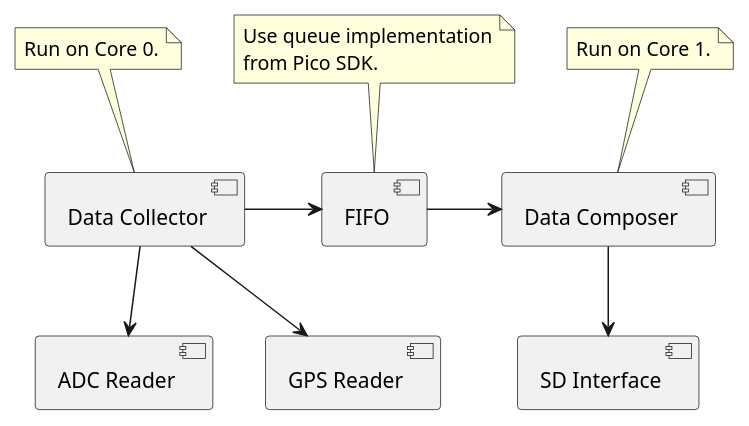
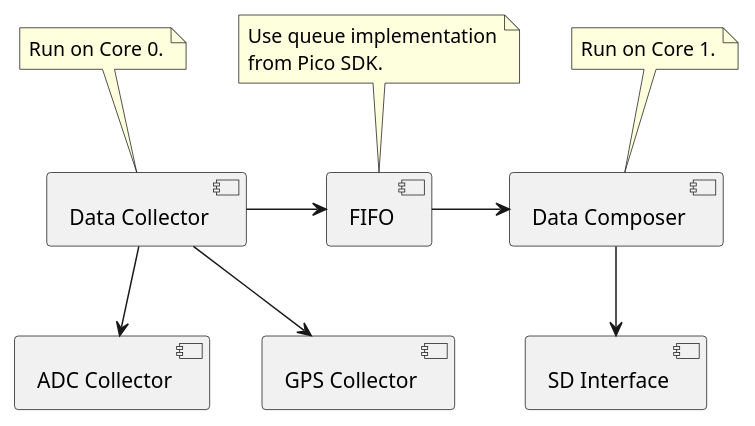
Before and after one commit to n0ll4k/bahama-mama-telemetry: the diagram in docs/design/bmt_components.plantuml, drawn with PlantUML. The commit also changed 4 other files, not shown here.

```diff
--- a/docs/design/bmt_components.plantuml
+++ b/docs/design/bmt_components.plantuml
@@ -1,31 +1,31 @@
 @startuml Bahama Mama Telemetry Components
 
 [Data Collector] as collector
 [Data Composer] as composer
 [FIFO] as fifo
 [SD Interface] as sd
-[ADC Reader] as adc
-[GPS Reader] as gps
+[ADC Collector] as adc
+[GPS Collector] as gps
 
 note top of fifo
     Use queue implementation
     from Pico SDK.
 end note
 
 note top of collector
     Run on Core 0.
 end note
 
 note top of composer
     Run on Core 1.
 end note
 
 collector -> fifo
 fifo -> composer
 
 collector -d-> adc
 collector -d-> gps
 
 composer -d-> sd
 
 @enduml
```
